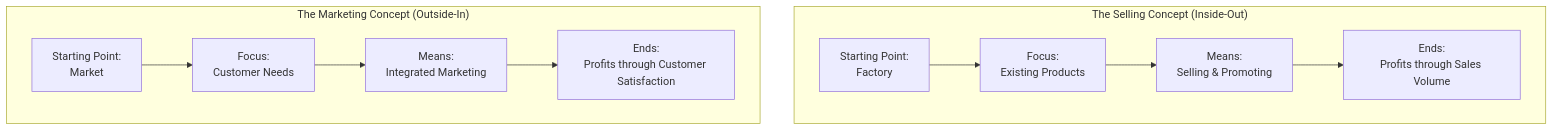
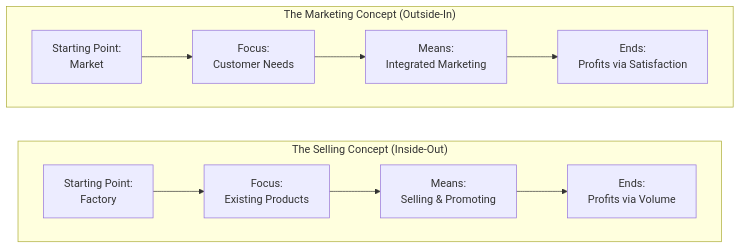
The fifth of 11 diagrams in content/courses/mk3-marketing-management/week-01/index.md (egxl/MBA), drawn with Mermaid before and after one commit. The commit also changed other lines of this file and 317 other files, not shown here.

````diff
--- a/content/courses/mk3-marketing-management/week-01/index.md
+++ b/content/courses/mk3-marketing-management/week-01/index.md
@@ -141,10 +136,12 @@
 ```mermaid
-flowchart TD
+flowchart LR
     subgraph Selling ["The Selling Concept (Inside-Out)"]
-        S1["Starting Point:<br>Factory"] --> S2["Focus:<br>Existing Products"] --> S3["Means:<br>Selling & Promoting"] --> S4["Ends:<br>Profits through Sales Volume"]
+        direction LR
+        S1["Starting Point:<br/>Factory"] --> S2["Focus:<br/>Existing Products"] --> S3["Means:<br/>Selling & Promoting"] --> S4["Ends:<br/>Profits via Volume"]
     end
 
     subgraph Marketing ["The Marketing Concept (Outside-In)"]
-        M1["Starting Point:<br>Market"] --> M2["Focus:<br>Customer Needs"] --> M3["Means:<br>Integrated Marketing"] --> M4["Ends:<br>Profits through Customer Satisfaction"]
+        direction LR
+        M1["Starting Point:<br/>Market"] --> M2["Focus:<br/>Customer Needs"] --> M3["Means:<br/>Integrated Marketing"] --> M4["Ends:<br/>Profits via Satisfaction"]
     end
 ```
````
